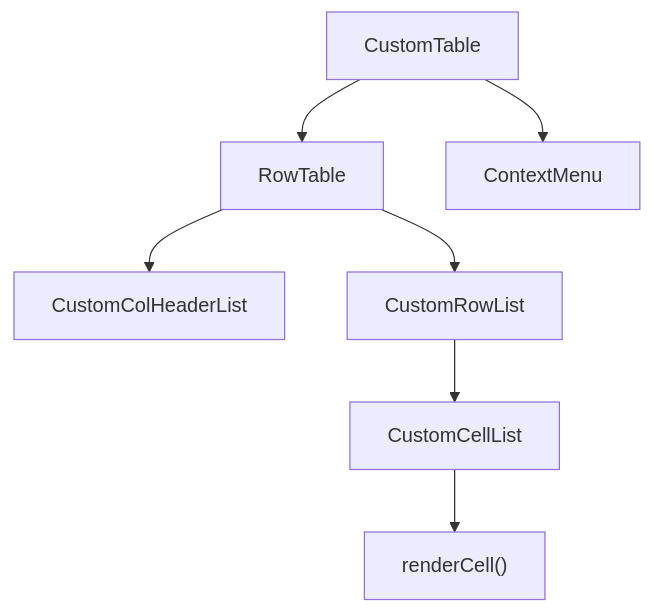
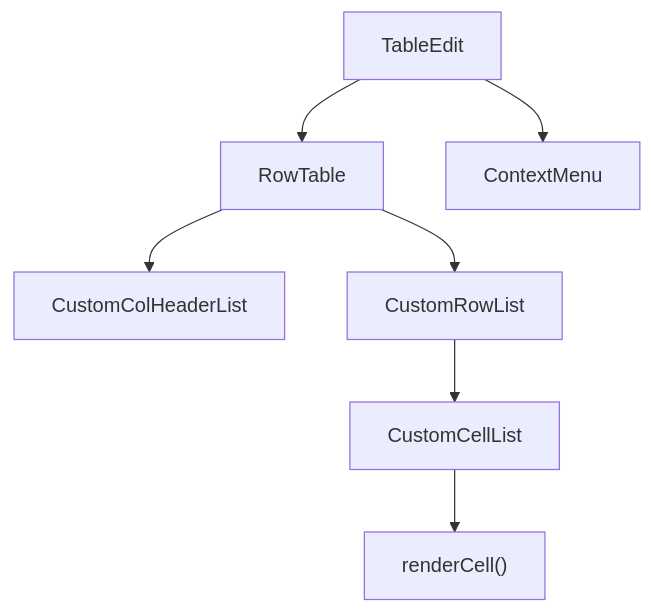
The first of 3 diagrams in README.md (SebastianBaltes/customtable), drawn with Mermaid before and after one commit. The commit also changed other lines of this file and 28 other files, not shown here.

Commit message:
Rename CustomTable -> TableEdit, CustomRow -> TableRow, CustomCell -> TableCell, CustomColHeader -> ColHeader

````diff
--- a/README.md
+++ b/README.md
@@ -276,17 +276,17 @@
 ```mermaid
 flowchart TD
-  CT["CustomTable"]
+  CT["TableEdit"]
   RT["RowTable"]
   CCH["CustomColHeaderList"]
   CR["CustomRowList"]
   CC["CustomCellList"]
   RC["renderCell()"]
   CM["ContextMenu"]
 
   CT --> RT
   RT --> CCH
   RT --> CR
   CR --> CC
   CC --> RC
   CT --> CM
 ```
````
